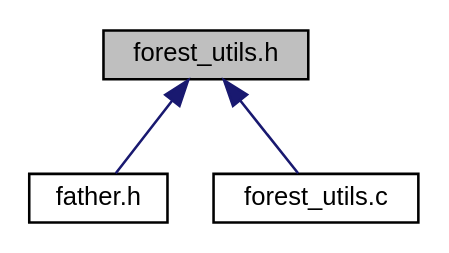
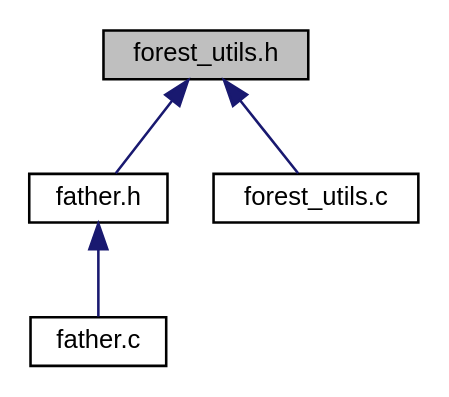
Before and after one commit to LevyMatan/ISP_ex1_doc: the diagram in forest__utils_8h__dep__incl.dot, drawn with Graphviz. The commit also changed 73 other files, not shown here.

```diff
--- a/forest__utils_8h__dep__incl.dot
+++ b/forest__utils_8h__dep__incl.dot
@@ -1,12 +1,14 @@
 digraph "forest_utils.h"
 {
  // INTERACTIVE_SVG=YES
  // LATEX_PDF_SIZE
   edge [fontname="Helvetica",fontsize="10",labelfontname="Helvetica",labelfontsize="10"];
   node [fontname="Helvetica",fontsize="10",shape=record];
   Node1 [label="forest_utils.h",height=0.2,width=0.4,color="black", fillcolor="grey75", style="filled", fontcolor="black",tooltip="This sub-module will handle all forest related functions."];
   Node1 -> Node2 [dir="back",color="midnightblue",fontsize="10",style="solid",fontname="Helvetica"];
-  Node2 [label="father.h",height=0.2,width=0.4,color="black", fillcolor="white", style="filled",URL="$father_8h.html",tooltip=" "];
-  Node1 -> Node3 [dir="back",color="midnightblue",fontsize="10",style="solid",fontname="Helvetica"];
-  Node3 [label="forest_utils.c",height=0.2,width=0.4,color="black", fillcolor="white", style="filled",URL="$forest__utils_8c.html",tooltip="Holds all forest related functions. Allows to go through the forest and change each cell to the next ..."];
+  Node2 [label="father.h",height=0.2,width=0.4,color="black", fillcolor="white", style="filled",URL="$father_8h.html",tooltip="Father header file."];
+  Node2 -> Node3 [dir="back",color="midnightblue",fontsize="10",style="solid",fontname="Helvetica"];
+  Node3 [label="father.c",height=0.2,width=0.4,color="black", fillcolor="white", style="filled",URL="$father_8c.html",tooltip="Father program is the entry program for Ex1. To accomplish the task described in EX1 instruction,..."];
+  Node1 -> Node4 [dir="back",color="midnightblue",fontsize="10",style="solid",fontname="Helvetica"];
+  Node4 [label="forest_utils.c",height=0.2,width=0.4,color="black", fillcolor="white", style="filled",URL="$forest__utils_8c.html",tooltip="Holds all forest related functions. Allows to go through the forest and change each cell to the next ..."];
 }
```
